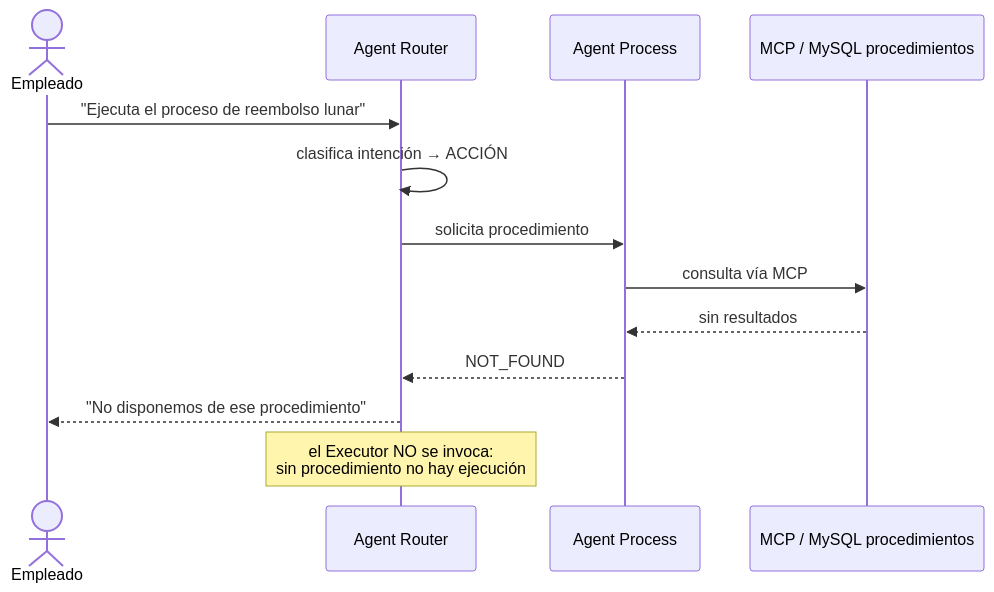
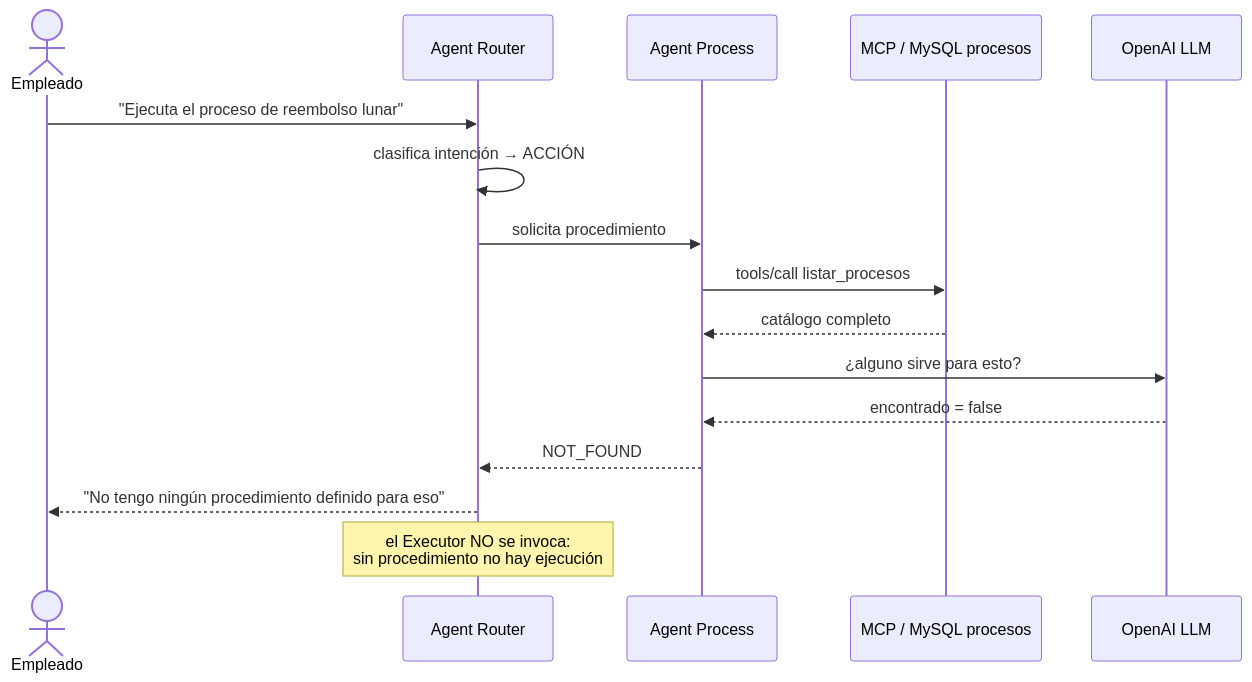
Before and after one commit to xxce10xx/agents-spring: diagram 14 of 15 in README.md, drawn with Mermaid. The commit also changed other lines of this file and 27 other files, not shown here.

````diff
--- a/README.md
+++ b/README.md
@@ -939,16 +1358,19 @@
 ```mermaid
 sequenceDiagram
     actor U as Empleado
     participant R as Agent Router
     participant P as Agent Process
-    participant M as MCP / MySQL procedimientos
+    participant M as MCP / MySQL procesos
+    participant L as OpenAI LLM
 
     U->>R: "Ejecuta el proceso de reembolso lunar"
     R->>R: clasifica intención → ACCIÓN
     R->>P: solicita procedimiento
-    P->>M: consulta vía MCP
-    M-->>P: sin resultados
+    P->>M: tools/call listar_procesos
+    M-->>P: catálogo completo
+    P->>L: ¿alguno sirve para esto?
+    L-->>P: encontrado = false
     P-->>R: NOT_FOUND
-    R-->>U: "No disponemos de ese procedimiento"
+    R-->>U: "No tengo ningún procedimiento definido para eso"
     Note over R: el Executor NO se invoca:<br/>sin procedimiento no hay ejecución
 ```
````
